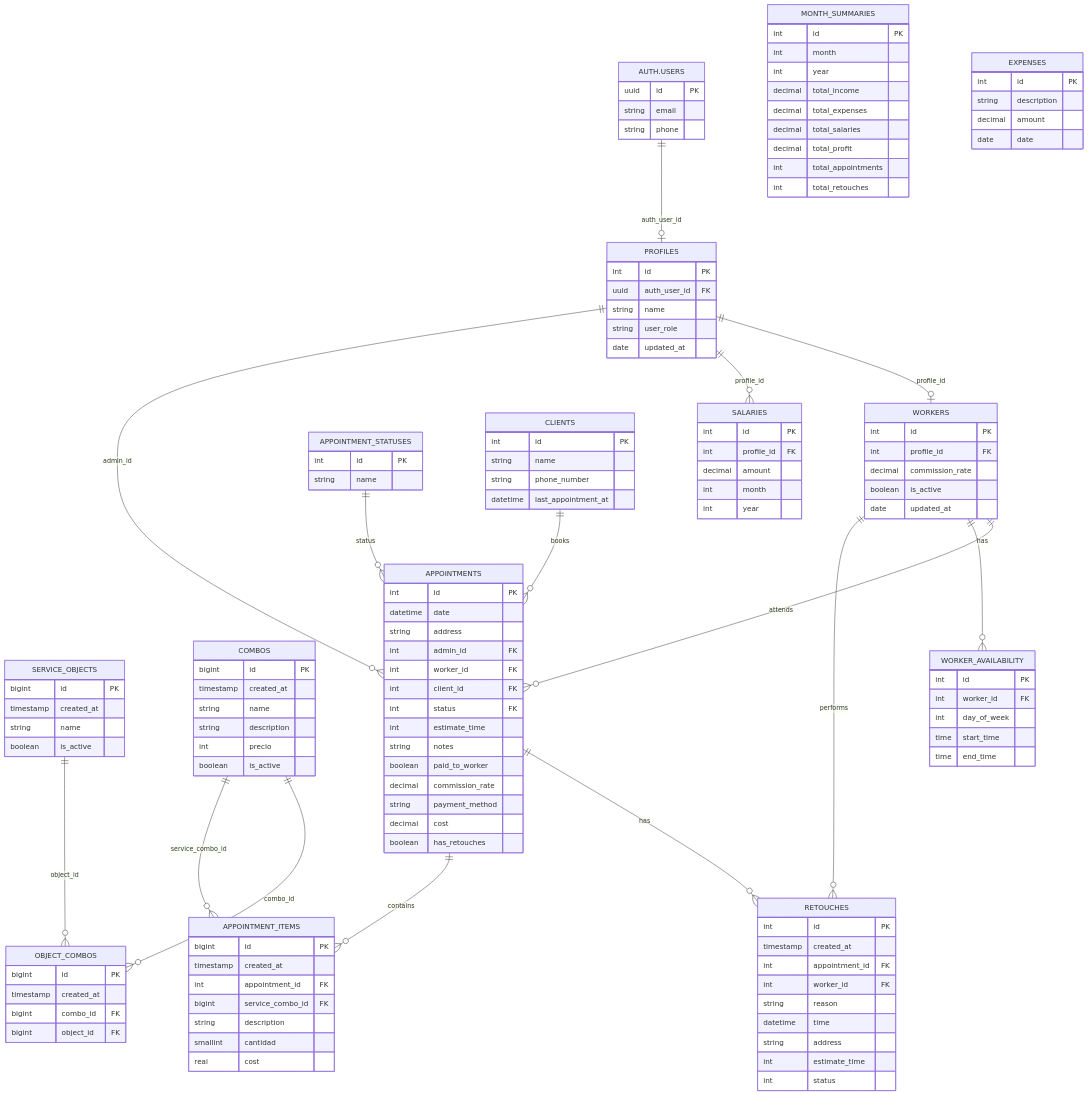
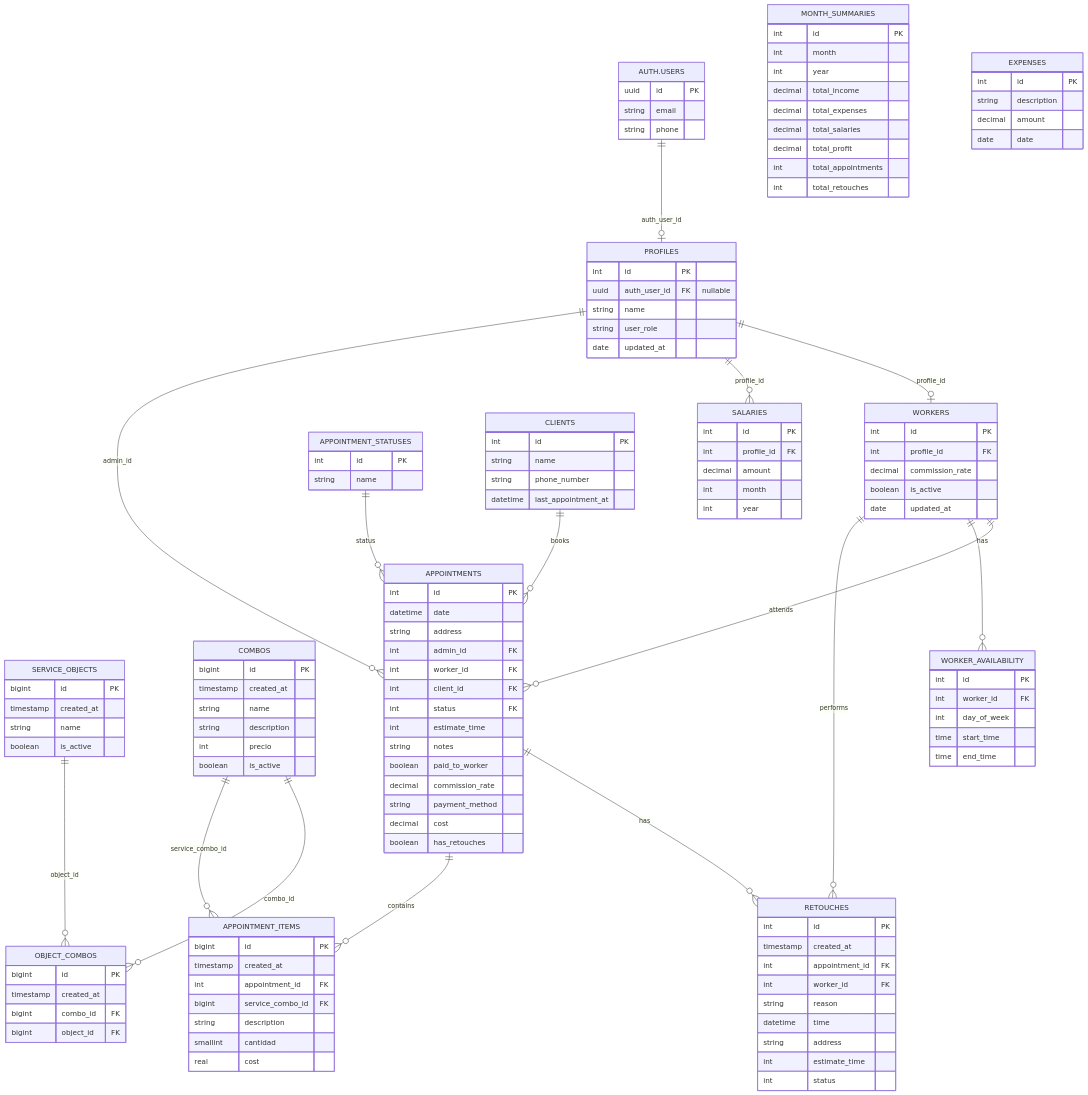
One commit to Jhonatan-calle/mobile-scheduling-app changed the diagram in docs/databaseModel.md. Above: the diagram before and after it, drawn with Mermaid. The commit also changed 3 other files, not shown here.

First line of the commit message:
refactor: make auth_user_id nullable, create worker without auth user

```diff
--- a/docs/databaseModel.md
+++ b/docs/databaseModel.md
@@ -9,7 +9,7 @@
 
     PROFILES {
         int id PK
-        uuid auth_user_id FK
+        uuid auth_user_id FK "nullable"
         string name
         string user_role
         date updated_at
```
